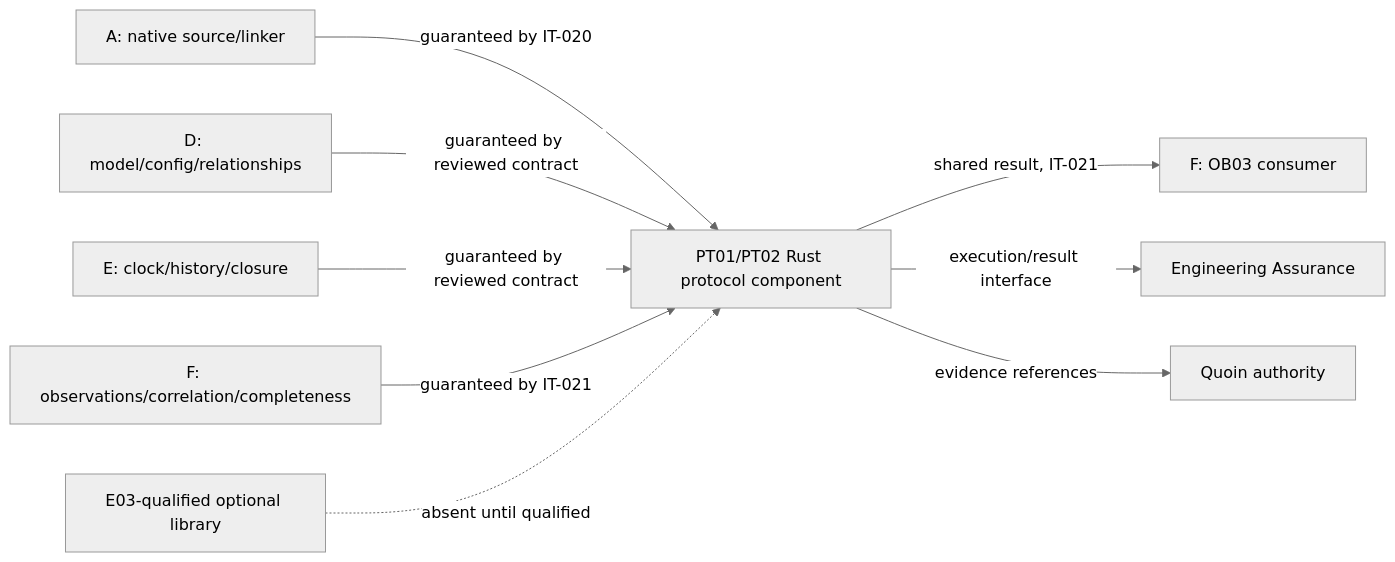
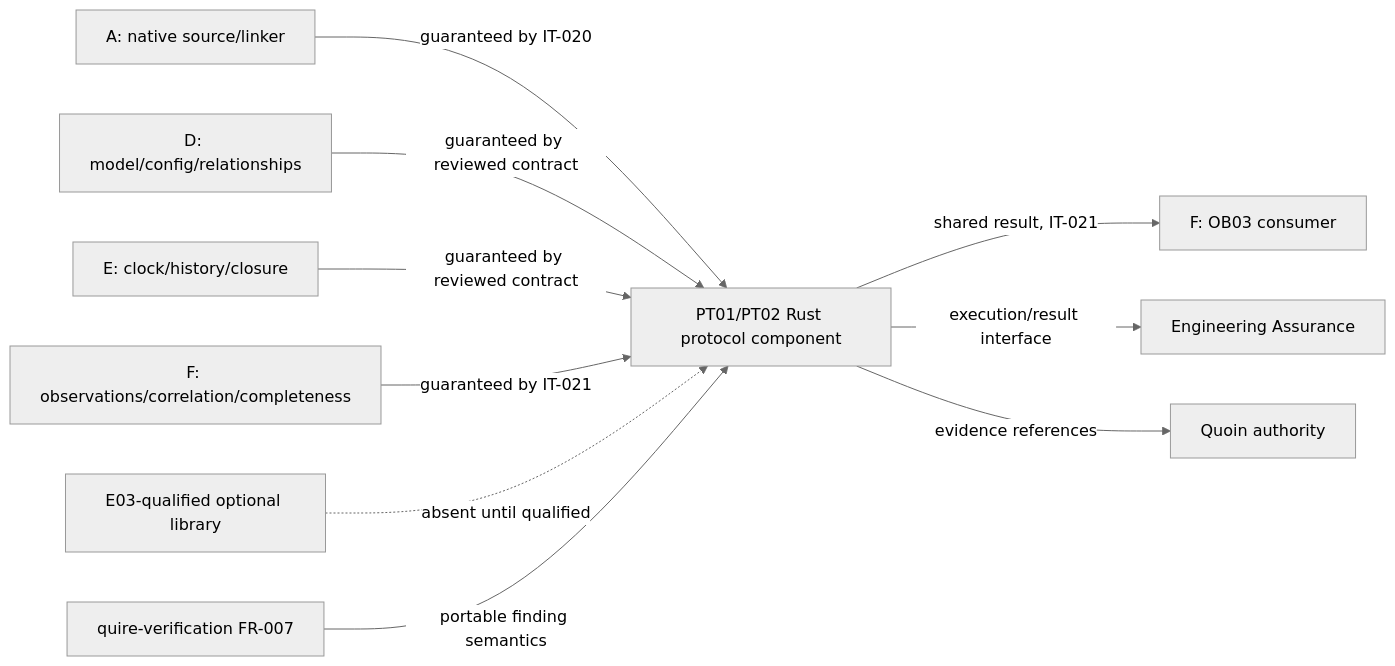
Before and after one commit to agent-ix/quire-specification: the diagram in spec/reviews/protocol-v1/scope-boundary.md, drawn with Mermaid (neutral theme). The commit also changed other lines of this file and 7 other files, not shown here.

````diff
--- a/spec/reviews/protocol-v1/scope-boundary.md
+++ b/spec/reviews/protocol-v1/scope-boundary.md
@@ -29,11 +29,12 @@
 ```mermaid
 flowchart LR
   A["A: native source/linker"] -->|guaranteed by IT-020| P["PT01/PT02 Rust protocol component"]
   D["D: model/config/relationships"] -->|guaranteed by reviewed contract| P
   E["E: clock/history/closure"] -->|guaranteed by reviewed contract| P
   F["F: observations/correlation/completeness"] -->|guaranteed by IT-021| P
   L["E03-qualified optional library"] -.->|absent until qualified| P
   P -->|shared result, IT-021| OB3["F: OB03 consumer"]
   P -->|execution/result interface| EA["Engineering Assurance"]
   P -->|evidence references| Q["Quoin authority"]
+  V["quire-verification FR-007"] -->|portable finding semantics| P
 ```
````
